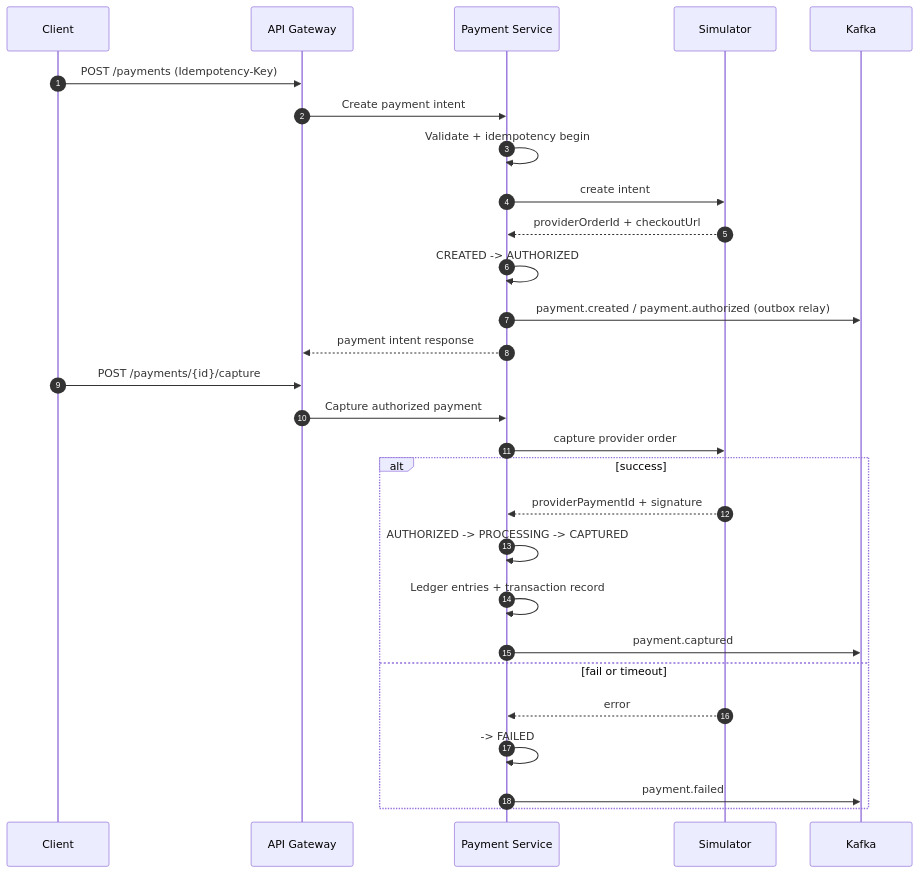
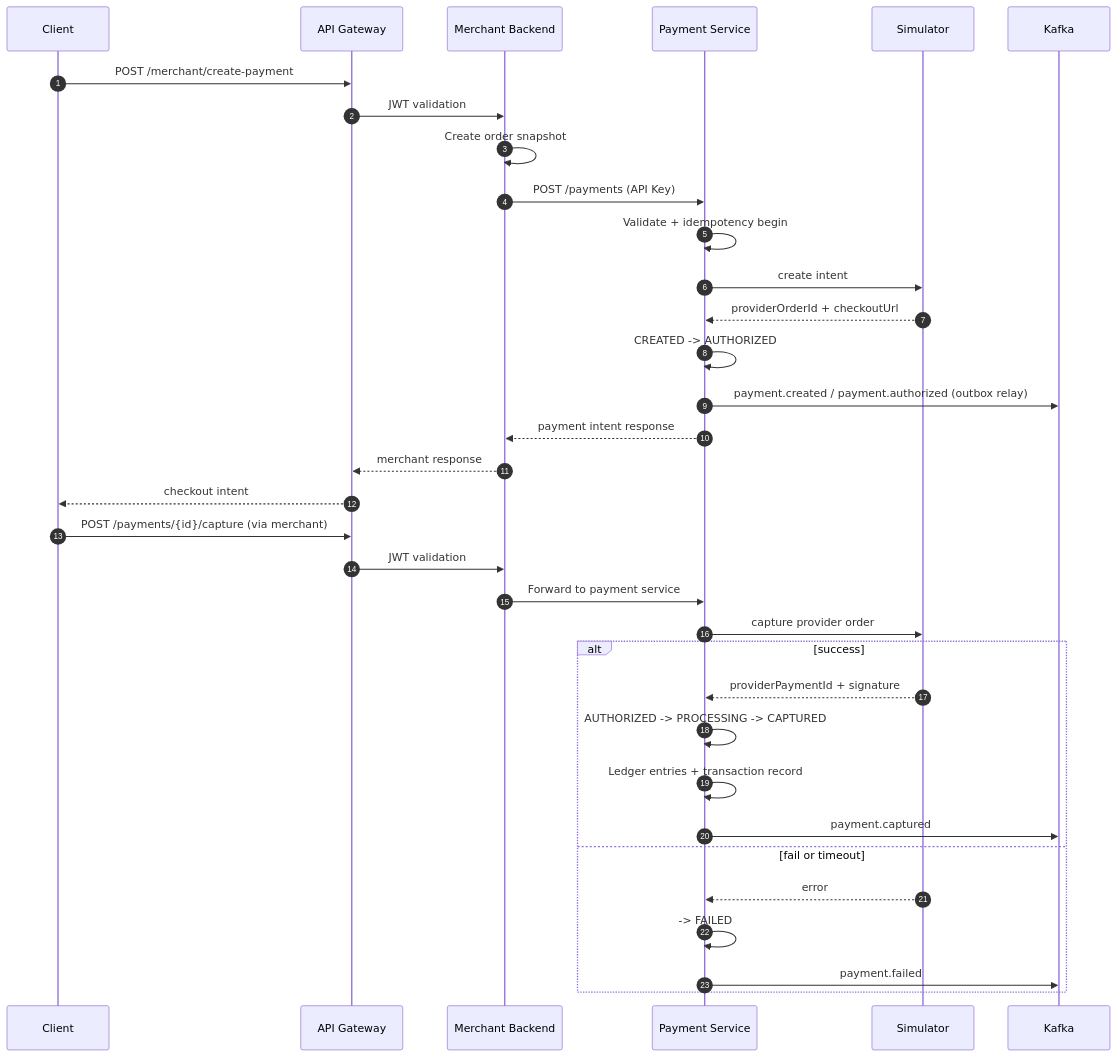
One commit to Drive10/payment-gateway changed the first of 2 diagrams in README.md. Above: the diagram before and after it, drawn with Mermaid. The commit also changed other lines of this file and 120 other files, not shown here.

First line of the commit message:
feat: Enable end-to-end payment flow with local development support

````diff
--- a/README.md
+++ b/README.md
@@ -88,32 +105,38 @@
 ```mermaid
 sequenceDiagram
     autonumber
     participant C as Client
     participant G as API Gateway
+    participant M as Merchant Backend
     participant P as Payment Service
     participant S as Simulator
     participant K as Kafka
 
-    C->>G: POST /payments (Idempotency-Key)
-    G->>P: Create payment intent
+    C->>G: POST /merchant/create-payment
+    G->>M: JWT validation
+    M->>M: Create order snapshot
+    M->>P: POST /payments (API Key)
     P->>P: Validate + idempotency begin
     P->>S: create intent
     S-->>P: providerOrderId + checkoutUrl
     P->>P: CREATED -> AUTHORIZED
     P->>K: payment.created / payment.authorized (outbox relay)
-    P-->>G: payment intent response
+    P-->>M: payment intent response
+    M-->>G: merchant response
+    G-->>C: checkout intent
 
-    C->>G: POST /payments/{id}/capture
-    G->>P: Capture authorized payment
+    C->>G: POST /payments/{id}/capture (via merchant)
+    G->>M: JWT validation
+    M->>P: Forward to payment service
     P->>S: capture provider order
     alt success
       S-->>P: providerPaymentId + signature
       P->>P: AUTHORIZED -> PROCESSING -> CAPTURED
       P->>P: Ledger entries + transaction record
       P->>K: payment.captured
     else fail or timeout
       S-->>P: error
       P->>P: -> FAILED
       P->>K: payment.failed
     end
 ```
````
